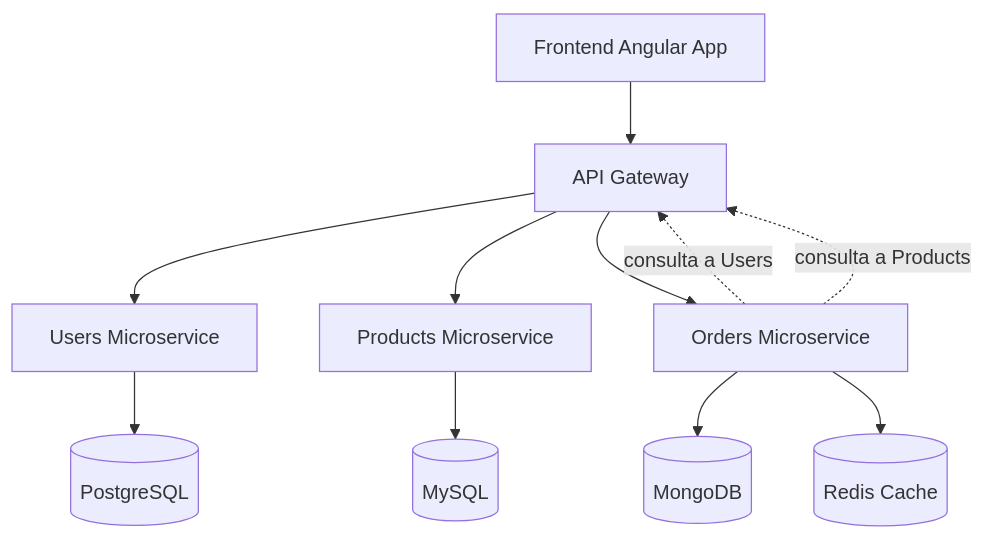
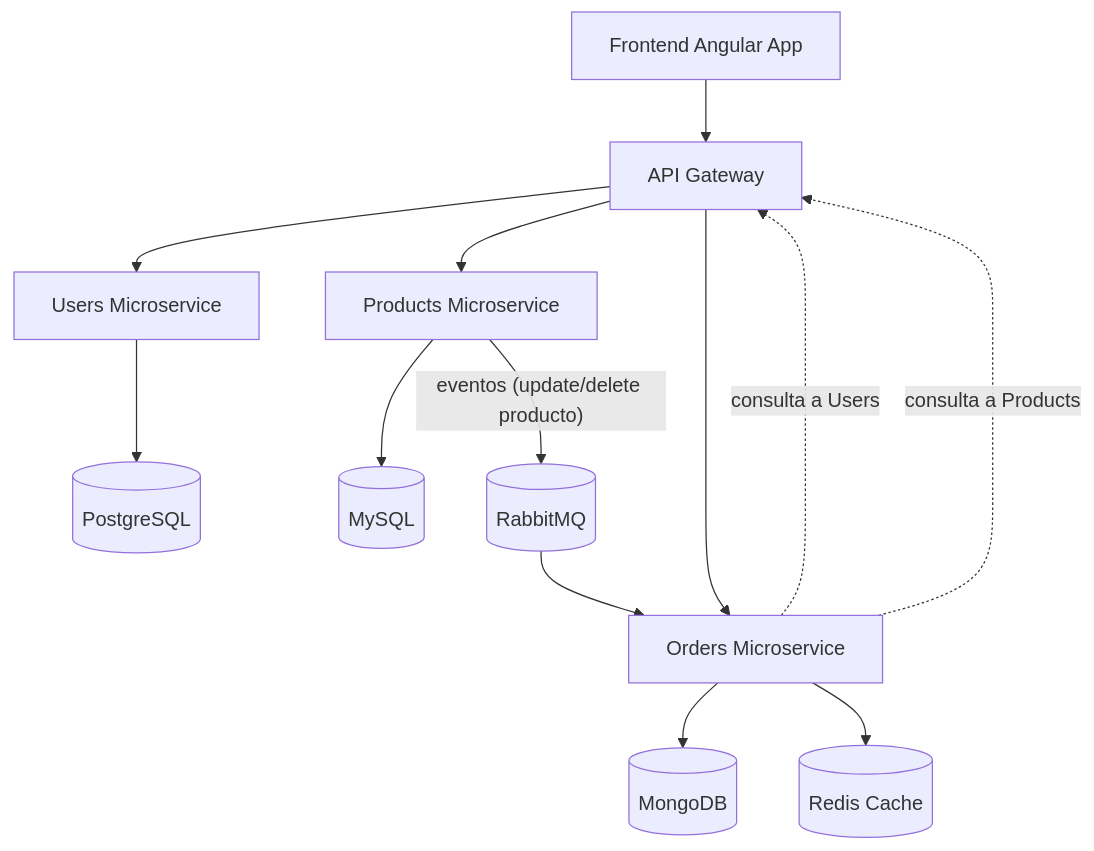
One commit to DrizztDo21/Microservices changed the diagram in README.md. Above: the diagram before and after it, drawn with Mermaid. The commit also changed other lines of this file, not shown here.

````diff
--- a/README.md
+++ b/README.md
@@ -86,16 +88,19 @@
 ```mermaid
 flowchart TD
     A[Frontend Angular App] --> B[API Gateway]
 
     B --> C[Users Microservice]
     B --> D[Products Microservice]
     B --> E[Orders Microservice]
 
     C --> CDB[(PostgreSQL)]
     D --> DDB[(MySQL)]
     E --> EDB[(MongoDB)]
     E --> R[(Redis Cache)]
 
     E -.->|consulta a Users| B
     E -.->|consulta a Products| B
+
+    D -- "eventos (update/delete producto)" --> Q[(RabbitMQ)]
+    Q --> E
 ```
````
